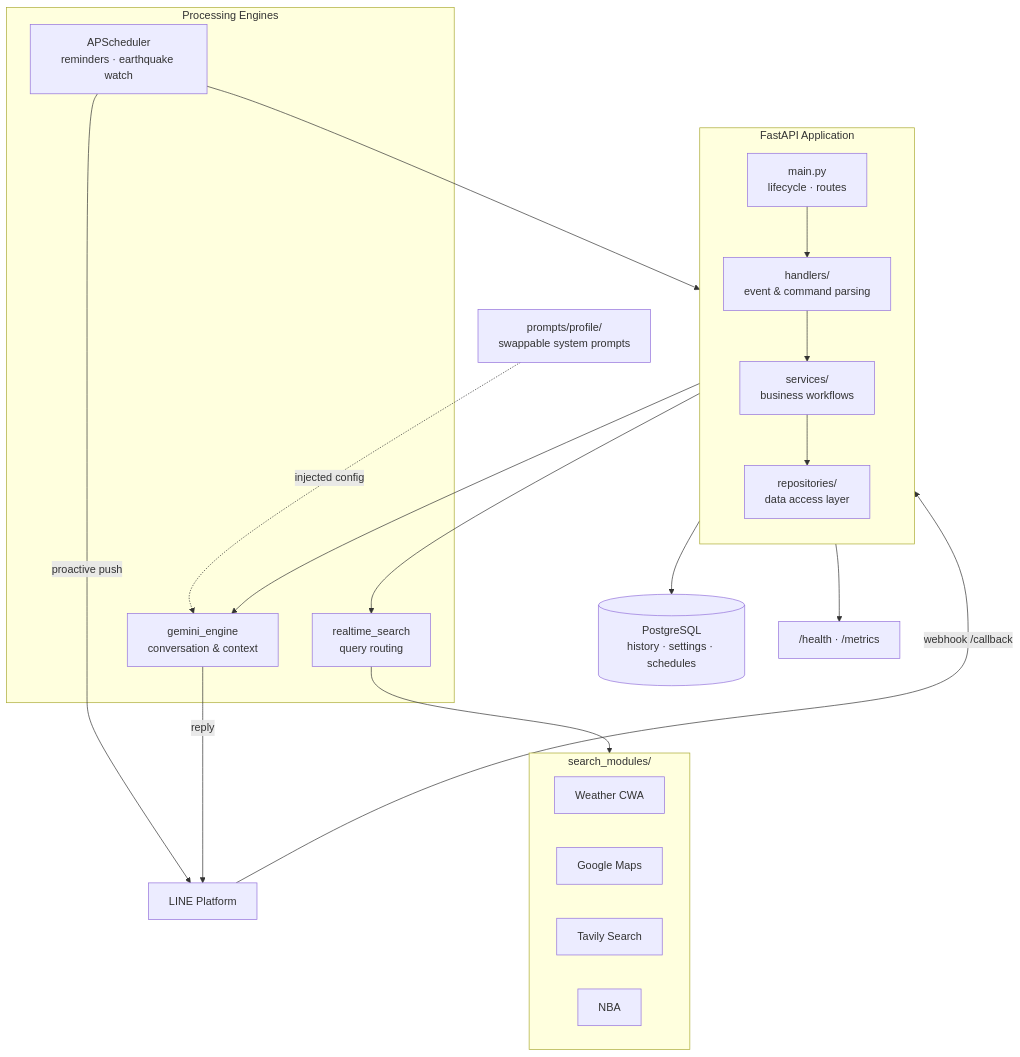
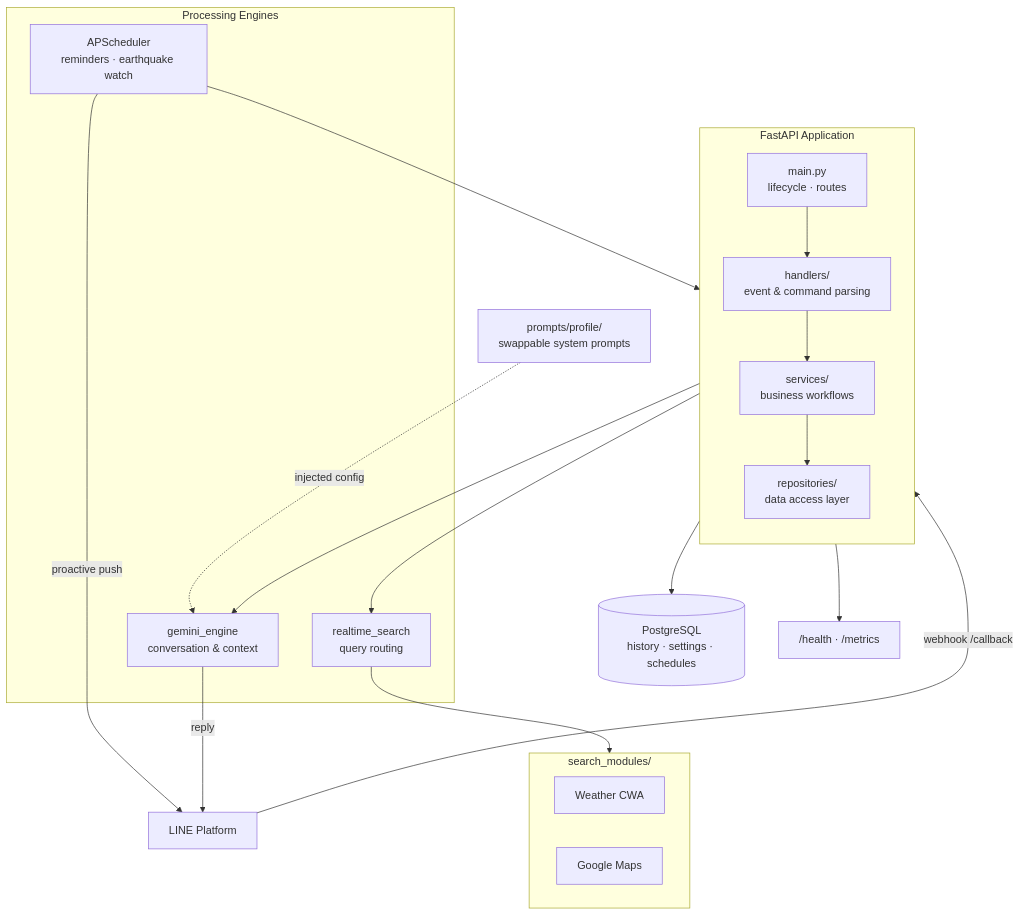
One commit to IMGMANISME/g-bot changed the diagram in README.md. Above: the diagram before and after it, drawn with Mermaid. The commit also changed other lines of this file and 10 other files, not shown here.

First line of the commit message:
移除 Tavily 網路搜尋與 NBA 查詢

````diff
--- a/README.md
+++ b/README.md
@@ -23,43 +23,41 @@
 ```mermaid
 flowchart TB
     LINE["LINE Platform"]
  
     subgraph APP["FastAPI Application"]
         direction TB
         MAIN["main.py<br/>lifecycle · routes"]
         HANDLERS["handlers/<br/>event & command parsing"]
         SERVICES["services/<br/>business workflows"]
         REPOS["repositories/<br/>data access layer"]
     end
  
     subgraph ENGINES["Processing Engines"]
         GEMINI["gemini_engine<br/>conversation & context"]
         SEARCH["realtime_search<br/>query routing"]
         SCHED["APScheduler<br/>reminders · earthquake watch"]
     end
  
     subgraph MODULES["search_modules/"]
         WEATHER["Weather CWA"]
         MAPS["Google Maps"]
-        TAVILY["Tavily Search"]
-        NBA["NBA"]
     end
  
     PROMPTS["prompts/profile/<br/>swappable system prompts"]
     DB[("PostgreSQL<br/>history · settings · schedules")]
     OPS["/health · /metrics"]
  
     LINE -->|"webhook /callback"| MAIN
     MAIN --> HANDLERS
     HANDLERS --> SERVICES
     SERVICES --> GEMINI
     SERVICES --> SEARCH
     SERVICES --> REPOS
     SEARCH --> MODULES
     PROMPTS -.injected config.-> GEMINI
     SCHED --> SERVICES
     REPOS --> DB
     SCHED -->|"proactive push"| LINE
     MAIN --> OPS
     GEMINI -->|"reply"| LINE
 ```
````
